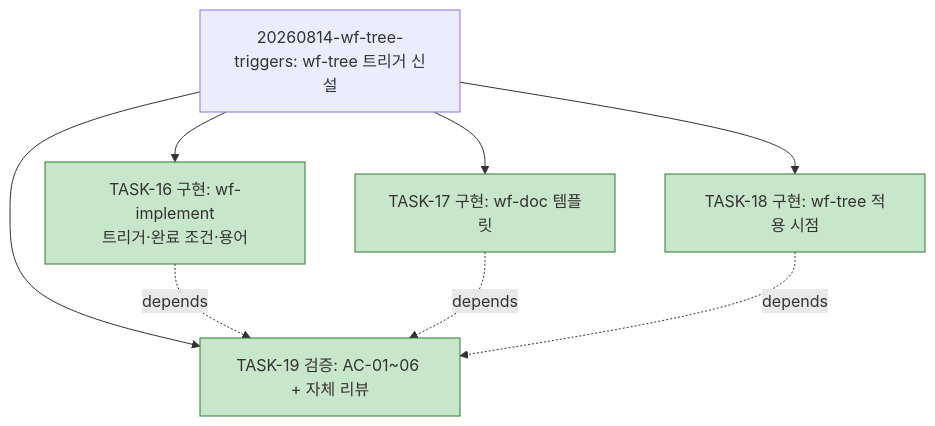
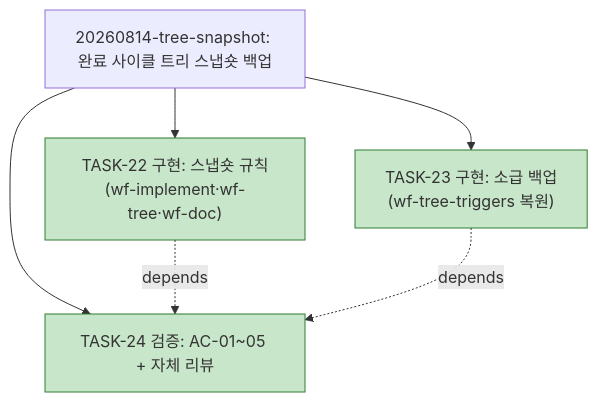
The diagram in docs/plan.md (bluesky5008/llm_workflow), drawn with Mermaid before and after one commit. The commit also changed other lines of this file and 8 other files, not shown here.

Commit message:
ID 발행 항목 표 형식과 완료 사이클 트리 스냅숏 백업 구현: 기준선 v1 2건 승인, templates.md 표 골격·탈출 규칙(AC 4/4), 스냅숏 규칙 3개 스킬 반영과 소급 백업 2건(AC 5/5)

````diff
--- a/docs/plan.md
+++ b/docs/plan.md
@@ -47,14 +47,12 @@
 ```mermaid
 flowchart TD
-    ROOT["20260814-wf-tree-triggers: wf-tree 트리거 신설"] --> T16["TASK-16 구현: wf-implement<br/>트리거·완료 조건·용어"]:::done
-    ROOT --> T17["TASK-17 구현: wf-doc 템플릿"]:::done
-    ROOT --> T18["TASK-18 구현: wf-tree 적용 시점"]:::done
-    ROOT --> T19["TASK-19 검증: AC-01~06 + 자체 리뷰"]:::done
-    T16 -. depends .-> T19
-    T17 -. depends .-> T19
-    T18 -. depends .-> T19
+    ROOT["20260814-tree-snapshot: 완료 사이클 트리 스냅숏 백업"] --> T22["TASK-22 구현: 스냅숏 규칙<br/>(wf-implement·wf-tree·wf-doc)"]:::done
+    ROOT --> T23["TASK-23 구현: 소급 백업<br/>(wf-tree-triggers 복원)"]:::done
+    ROOT --> T24["TASK-24 검증: AC-01~05 + 자체 리뷰"]:::done
+    T22 -. depends .-> T24
+    T23 -. depends .-> T24
     classDef done fill:#c8e6c9,stroke:#2e7d32
     classDef active fill:#fff9c4,stroke:#f9a825
     classDef todo fill:#eceff1,stroke:#90a4ae
     classDef gate fill:#ffcdd2,stroke:#c62828
 ```
````
